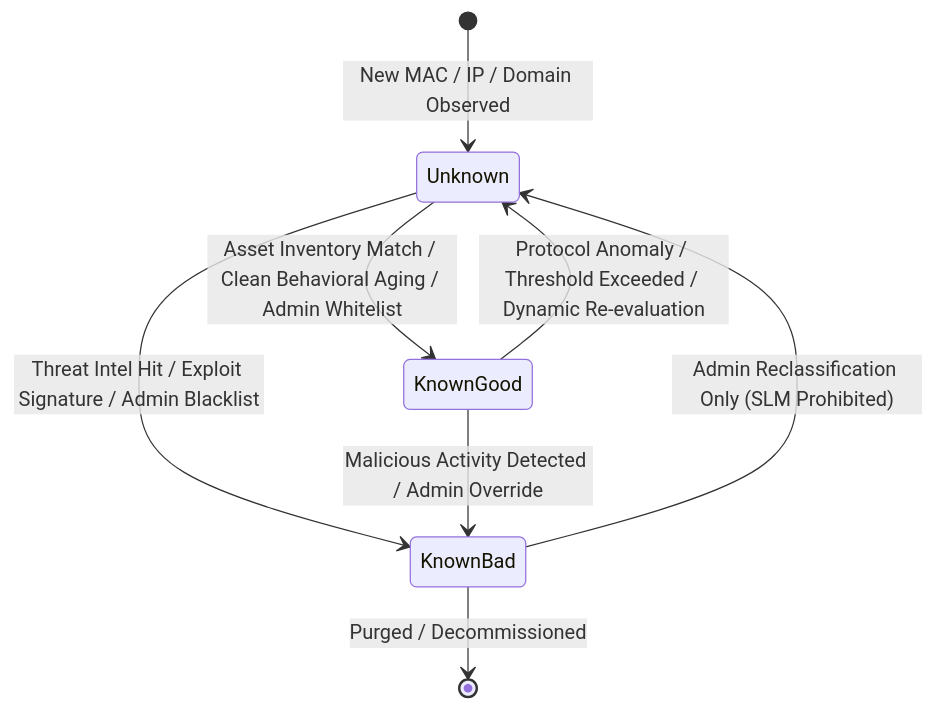
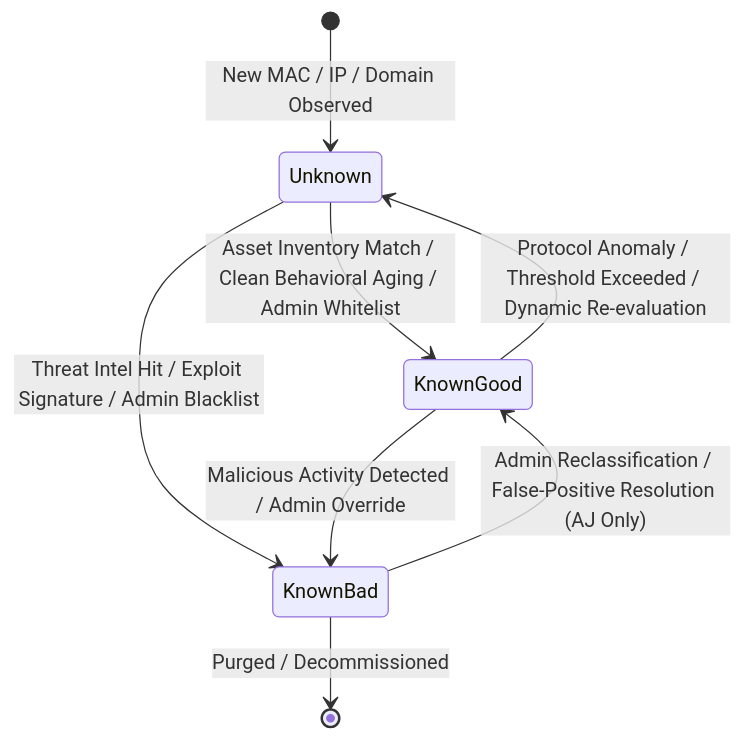
The first of 2 diagrams in docs/architecture/architecture-pass.md (ajeswint/strix-halo-johnny), drawn with Mermaid before and after one commit. The commit also changed other lines of this file and 3 other files, not shown here.

Commit message:
Architecture pass rev 2: review 1 fixes (B1-B7, N1-N7)

````diff
--- a/docs/architecture/architecture-pass.md
+++ b/docs/architecture/architecture-pass.md
@@ -217,10 +226,10 @@
 ```mermaid
 stateDiagram-v2
     [*] --> Unknown: New MAC / IP / Domain Observed
     Unknown --> KnownGood: Asset Inventory Match / Clean Behavioral Aging / Admin Whitelist
     Unknown --> KnownBad: Threat Intel Hit / Exploit Signature / Admin Blacklist
     KnownGood --> Unknown: Protocol Anomaly / Threshold Exceeded / Dynamic Re-evaluation
-    KnownBad --> Unknown: Admin Reclassification Only (SLM Prohibited)
     KnownGood --> KnownBad: Malicious Activity Detected / Admin Override
+    KnownBad --> KnownGood: Admin Reclassification / False-Positive Resolution (AJ Only)
     KnownBad --> [*]: Purged / Decommissioned
 ```
````
